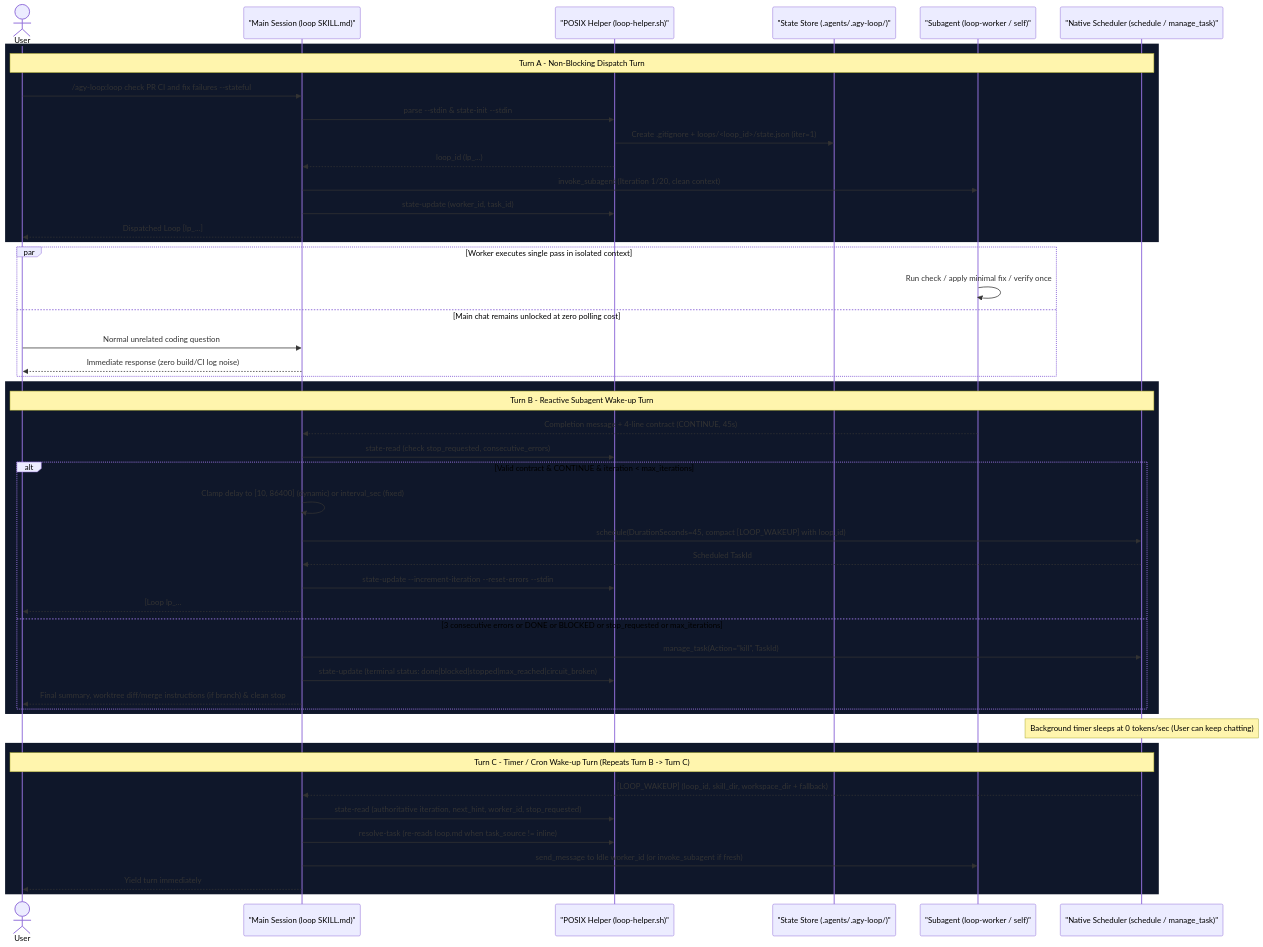
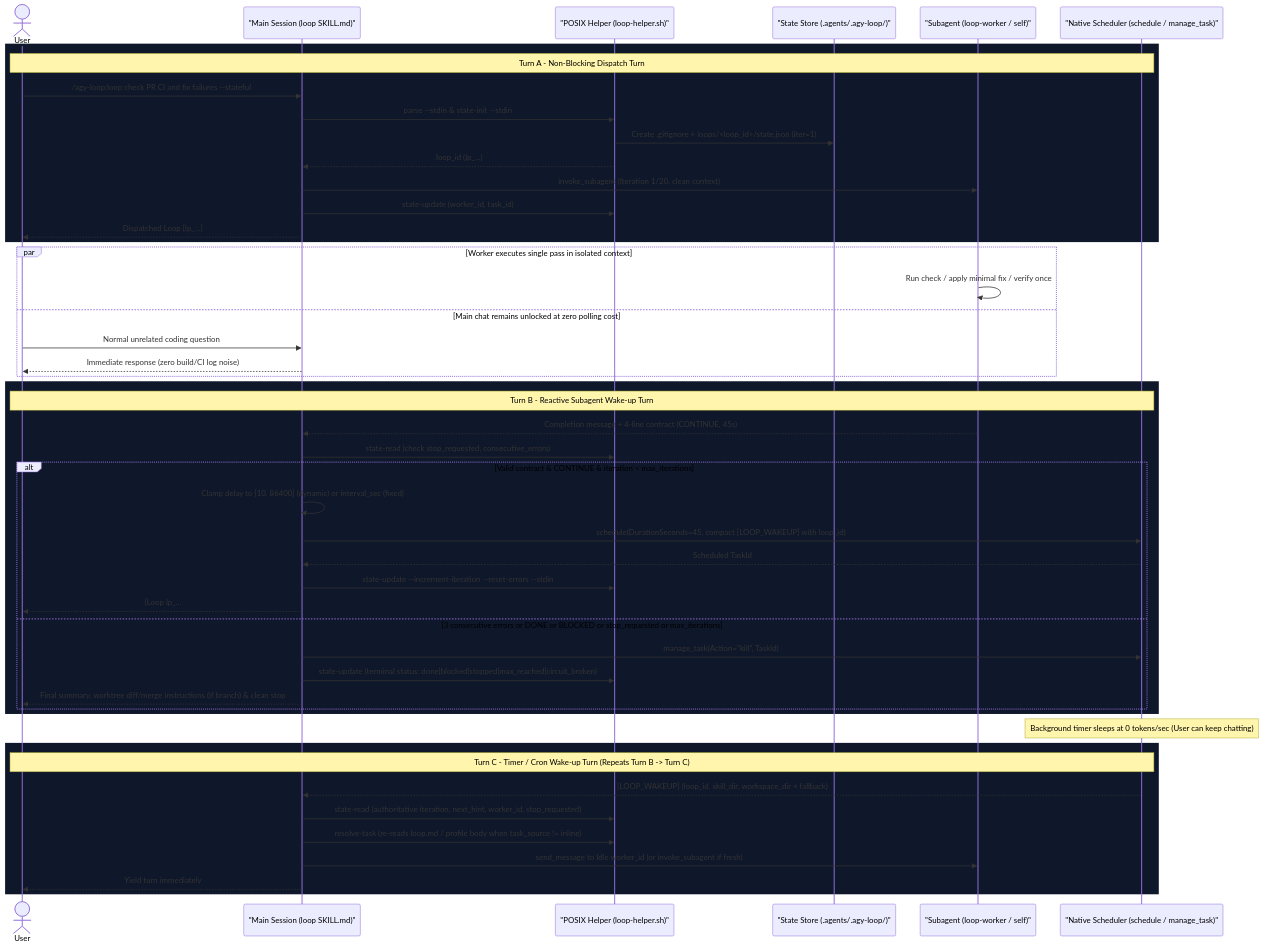
The fifth of 7 diagrams in ARCHITECTURE.md (maxlee/agy-loop), drawn with Mermaid before and after one commit. The commit also changed other lines of this file and 28 other files, not shown here.

````diff
--- a/ARCHITECTURE.md
+++ b/ARCHITECTURE.md
@@ -110,55 +280,55 @@
 ```mermaid
 sequenceDiagram
   actor User
   participant Main as "Main Session (loop SKILL.md)"
   participant Helper as "POSIX Helper (loop-helper.sh)"
   participant State as "State Store (.agents/.agy-loop/)"
   participant Worker as "Subagent (loop-worker / self)"
   participant Sched as "Native Scheduler (schedule / manage_task)"
 
   rect rgb(15, 23, 42)
   Note over User,Sched: Turn A - Non-Blocking Dispatch Turn
   User->>Main: /agy-loop:loop check PR CI and fix failures --stateful
   Main->>Helper: parse --stdin & state-init --stdin
   Helper->>State: Create .gitignore + loops/<loop_id>/state.json (iter=1)
   Helper-->>Main: loop_id (lp_...)
   Main->>Worker: invoke_subagent (Iteration 1/20, clean context)
   Main->>Helper: state-update (worker_id, task_id)
   Main-->>User: Dispatched Loop [lp_...] #1/20 - Yield turn immediately
   end
 
   par Worker executes single pass in isolated context
     Worker->>Worker: Run check / apply minimal fix / verify once
   and Main chat remains unlocked at zero polling cost
     User->>Main: Normal unrelated coding question
     Main-->>User: Immediate response (zero build/CI log noise)
   end
 
   rect rgb(15, 23, 42)
   Note over User,Sched: Turn B - Reactive Subagent Wake-up Turn
   Worker-->>Main: Completion message + 4-line contract (CONTINUE, 45s)
   Main->>Helper: state-read (check stop_requested, consecutive_errors)
   alt Valid contract & CONTINUE & iteration < max_iterations
     Main->>Main: Clamp delay to [10, 86400] (dynamic) or interval_sec (fixed)
     Main->>Sched: schedule(DurationSeconds=45, compact [LOOP_WAKEUP] with loop_id)
     Sched-->>Main: Scheduled TaskId
     Main->>Helper: state-update --increment-iteration --reset-errors --stdin
     Main-->>User: [Loop lp_... #1/20] SUMMARY | Next wake-up in 45s - Yield turn
   else 3 consecutive errors or DONE or BLOCKED or stop_requested or max_iterations
     Main->>Sched: manage_task(Action="kill", TaskId)
     Main->>Helper: state-update (terminal status: done|blocked|stopped|max_reached|circuit_broken)
     Main-->>User: Final summary, worktree diff/merge instructions (if branch) & clean stop
   end
   end
 
   Note over Sched: Background timer sleeps at 0 tokens/sec (User can keep chatting)
 
   rect rgb(15, 23, 42)
   Note over User,Sched: Turn C - Timer / Cron Wake-up Turn (Repeats Turn B -> Turn C)
   Sched-->>Main: [LOOP_WAKEUP] (loop_id, skill_dir, workspace_dir + fallback)
   Main->>Helper: state-read (authoritative iteration, next_hint, worker_id, stop_requested)
-  Main->>Helper: resolve-task (re-reads loop.md when task_source != inline)
+  Main->>Helper: resolve-task (re-reads loop.md / profile body when task_source != inline)
   Main->>Worker: send_message to Idle worker_id (or invoke_subagent if fresh)
   Main-->>User: Yield turn immediately
   end
 ```
````
